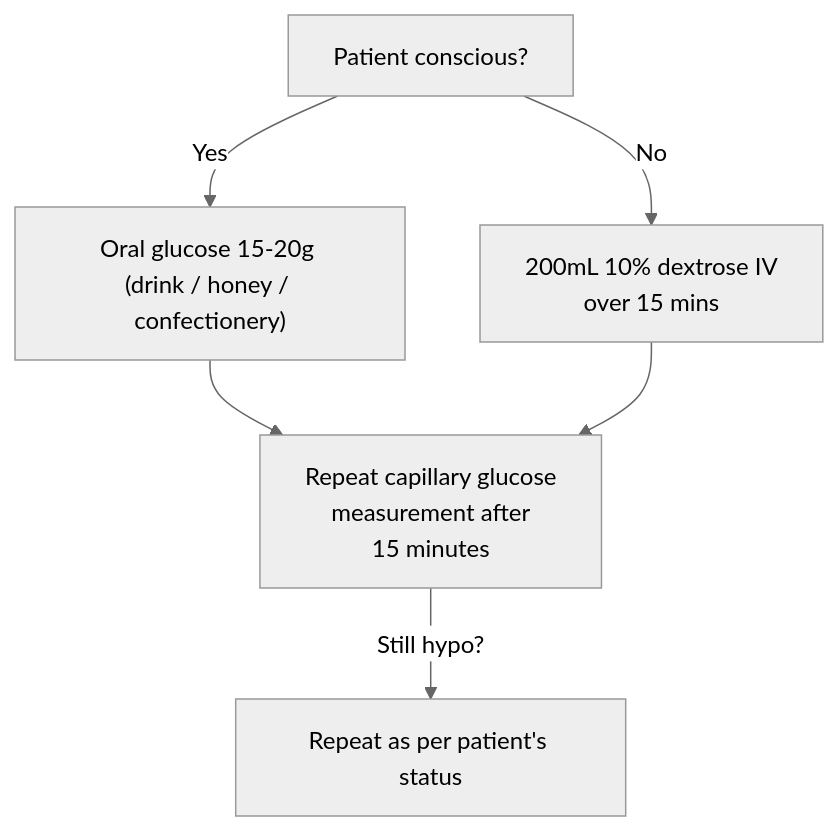
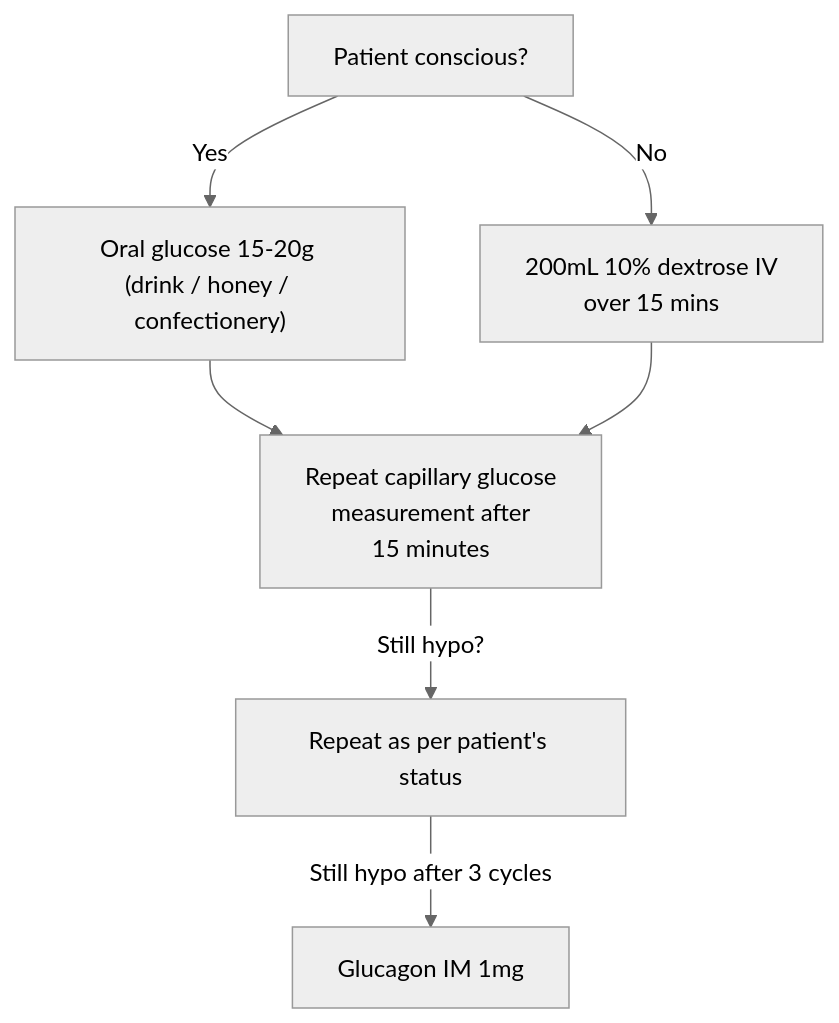
One commit to susmit31/MedNotes changed the diagram in code/hypoglycaemia.mmd. Above: the diagram before and after it, drawn with Mermaid (neutral theme).

Commit message:
added hypoglycaemia mx

```diff
--- a/code/hypoglycaemia.mmd
+++ b/code/hypoglycaemia.mmd
@@ -1,6 +1,7 @@
 graph TB
 
 A[Patient conscious?]-->|Yes|B["Oral glucose 15-20g <br/>(drink / honey / confectionery)"]
 A-->|No|C["200mL 10% dextrose IV<br/>over 15 mins"]
 B & C-->D["Repeat capillary glucose<br/>measurement after<br/>15 minutes"]
 D-->|Still hypo?|E[Repeat as per patient's status]
+E-->|Still hypo after 3 cycles|F["Glucagon IM 1mg"]
```
